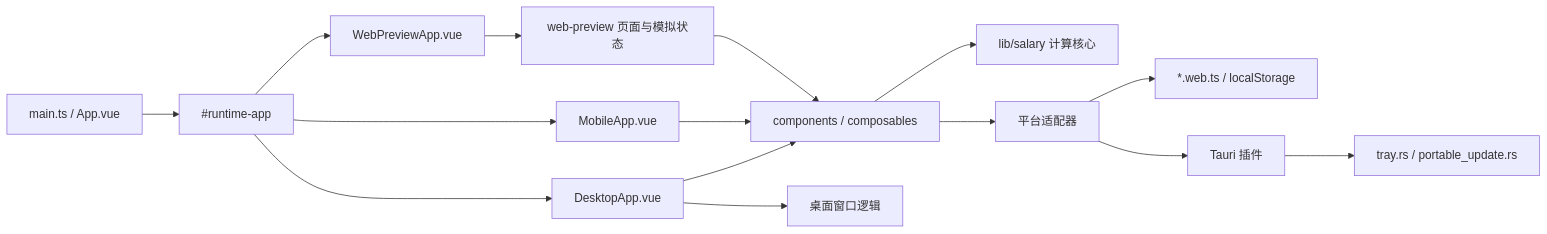
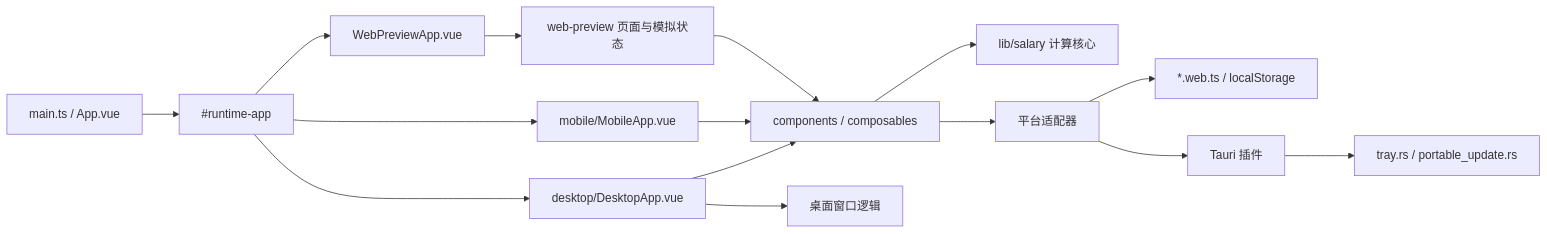
One commit to nathan-Jones888/PayDanceMobile changed the diagram in docs/ARCHITECTURE.md. Above: the diagram before and after it, drawn with Mermaid. The commit also changed other lines of this file and 225 other files, not shown here.

Commit message:
organize desktop and mobile app entries

````diff
--- a/docs/ARCHITECTURE.md
+++ b/docs/ARCHITECTURE.md
@@ -7,17 +7,17 @@
 ```mermaid
 flowchart LR
   Entry["main.ts / App.vue"] --> Target["#runtime-app"]
-  Target --> Desktop["DesktopApp.vue"]
-  Target --> Mobile["MobileApp.vue"]
+  Target --> Desktop["desktop/DesktopApp.vue"]
+  Target --> Mobile["mobile/MobileApp.vue"]
   Target --> Web["WebPreviewApp.vue"]
   Desktop --> Shared["components / composables"]
   Mobile --> Shared
   Web --> Preview["web-preview 页面与模拟状态"]
   Preview --> Shared
   Shared --> Salary["lib/salary 计算核心"]
   Shared --> Adapters["平台适配器"]
   Adapters --> Browser["*.web.ts / localStorage"]
   Adapters --> Tauri["Tauri 插件"]
   Desktop --> Window["桌面窗口逻辑"]
   Tauri --> Rust["tray.rs / portable_update.rs"]
 ```
````
